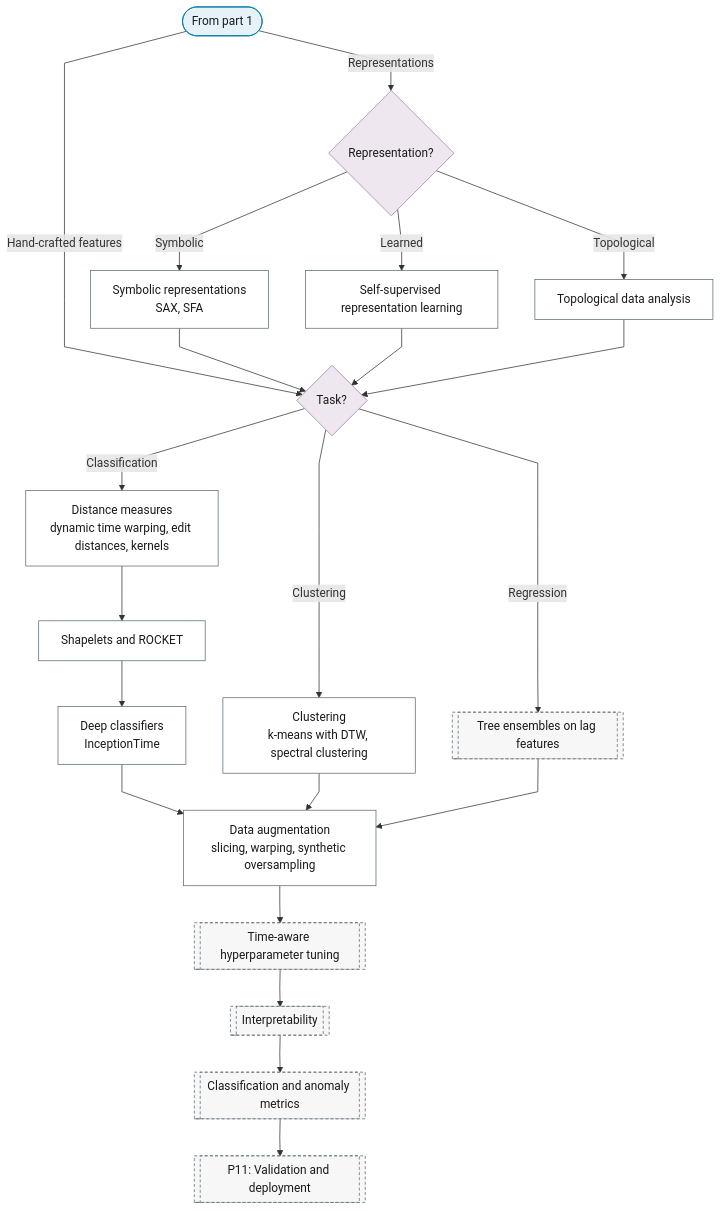
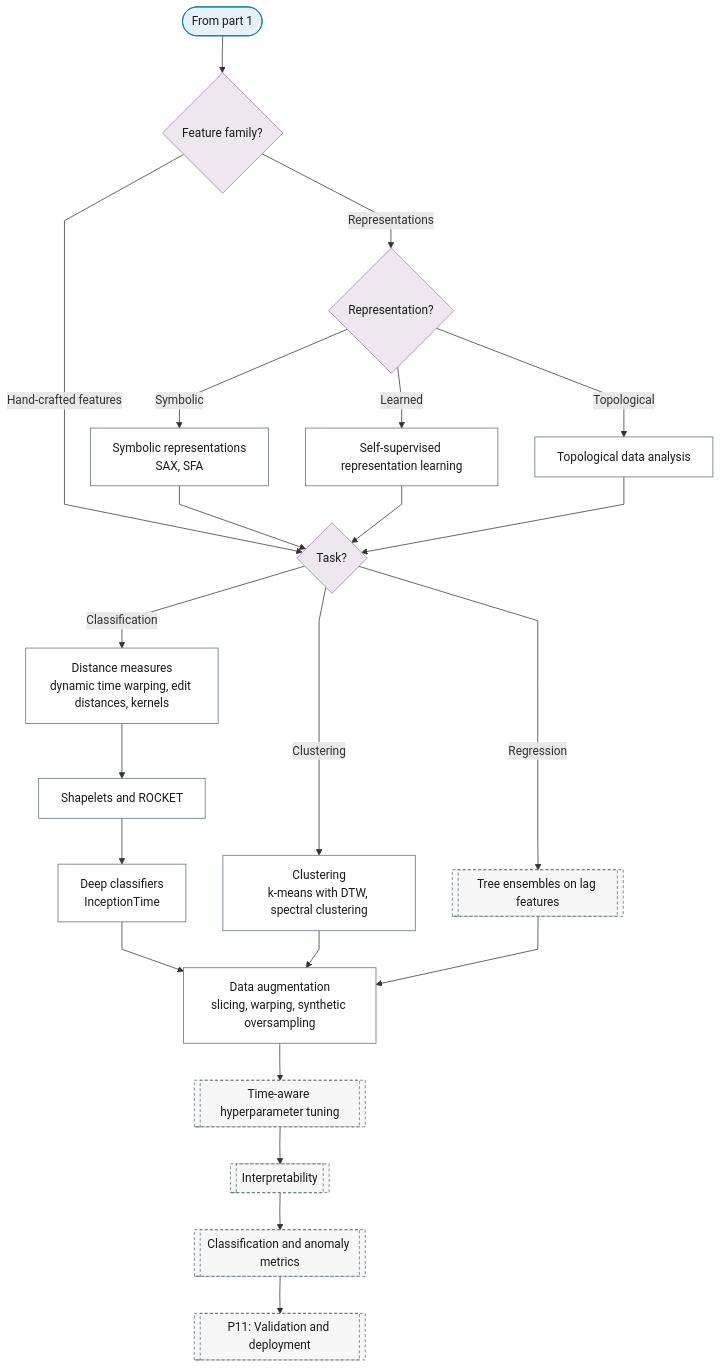
Before and after one commit to Shuxin-Y/time-series-analysis-manual: the second of 2 diagrams in docs/01-workflow/p02-purpose/07-feature-extraction-classification.md, drawn with Mermaid. The commit also changed 4 other files, not shown here.

First line of the commit message:
fix(flowchart): part entries repeat the question; representation charts keep the spine edge

````diff
--- a/docs/01-workflow/p02-purpose/07-feature-extraction-classification.md
+++ b/docs/01-workflow/p02-purpose/07-feature-extraction-classification.md
@@ -36,32 +36,33 @@
 ```mermaid
 %%{init: {"flowchart": {"curve": "linear"}}}%%
 graph TD
-    P2_FE_FROM_PART_1(["From part 1"]) -->|"Representations"| P2_FE_REPRESENTATION{"Representation?"}
-    P2_FE_FROM_PART_1 -->|"Hand-crafted features"| P2_FE_LEARNER
+    P2_FE_FROM_PART_1(["From part 1"]) --> P2_FE_FEATURE_Q_2{"Feature family?"}
+    P2_FE_FEATURE_Q_2 -->|"Representations"| P2_FE_REPRESENTATION{"Representation?"}
+    P2_FE_FEATURE_Q_2 -->|"Hand-crafted features"| P2_FE_LEARNER
     P2_FE_REPRESENTATION -->|"Symbolic"| P2_FE_SYMBOLIC["Symbolic representations<br/>SAX, SFA"]
     P2_FE_REPRESENTATION -->|"Learned"| P2_FE_REPRESENTATION_LEARNING["Self-supervised representation learning"]
     P2_FE_REPRESENTATION -->|"Topological"| P2_FE_TDA["Topological data analysis"]
     P2_FE_SYMBOLIC & P2_FE_REPRESENTATION_LEARNING & P2_FE_TDA --> P2_FE_LEARNER{"Task?"}
     P2_FE_LEARNER -->|"Classification"| P2_FE_DISTANCES["Distance measures<br/>dynamic time warping, edit distances, kernels"]
     P2_FE_LEARNER -->|"Clustering"| P2_FE_CLUSTERING["Clustering<br/>k-means with DTW, spectral clustering"]
     P2_FE_LEARNER -->|"Regression"| P6_TREE_ENSEMBLES[["Tree ensembles on lag features"]]
     P2_FE_DISTANCES --> P2_FE_SHAPELETS["Shapelets and ROCKET"]
     P2_FE_SHAPELETS --> P2_FE_DEEP_CLASSIFIERS["Deep classifiers<br/>InceptionTime"]
     P2_FE_DEEP_CLASSIFIERS & P2_FE_CLUSTERING & P6_TREE_ENSEMBLES --> P2_FE_AUGMENTATION["Data augmentation<br/>slicing, warping, synthetic oversampling"]
     P2_FE_AUGMENTATION --> P8_HYPERPARAMETERS[["Time-aware hyperparameter tuning"]]
     P8_HYPERPARAMETERS --> P10_INTERPRETABILITY[["Interpretability"]]
     P10_INTERPRETABILITY --> P11_CLASSIFICATION_METRICS[["Classification and anomaly metrics"]]
     P11_CLASSIFICATION_METRICS --> P11[["P11: Validation and deployment"]]
     class P2_FE_FROM_PART_1 terminator
-    class P2_FE_REPRESENTATION,P2_FE_LEARNER decision
+    class P2_FE_FEATURE_Q_2,P2_FE_REPRESENTATION,P2_FE_LEARNER decision
     class P2_FE_SYMBOLIC,P2_FE_REPRESENTATION_LEARNING,P2_FE_TDA,P2_FE_DISTANCES,P2_FE_CLUSTERING,P2_FE_SHAPELETS,P2_FE_DEEP_CLASSIFIERS,P2_FE_AUGMENTATION process
     class P6_TREE_ENSEMBLES,P8_HYPERPARAMETERS,P10_INTERPRETABILITY,P11_CLASSIFICATION_METRICS,P11 ref
     classDef terminator fill:#E6F2F7,stroke:#007BA7,color:#1A1A1A;
     classDef process fill:#FFFFFF,stroke:#5A6B73,color:#1A1A1A;
     classDef decision fill:#EFE7F0,stroke:#9B7FA7,color:#1A1A1A;
     classDef data fill:#FFF4E0,stroke:#C9A55E,color:#1A1A1A;
     classDef good fill:#DCEFD8,stroke:#4A7A3F,color:#1A1A1A;
     classDef escalate fill:#FFE9C2,stroke:#C9A55E,color:#1A1A1A;
     classDef problem fill:#F2D9DE,stroke:#800020,color:#1A1A1A;
     classDef ref fill:#F7F7F7,stroke:#5A6B73,color:#1A1A1A,stroke-dasharray:4 3;
 ```
````
